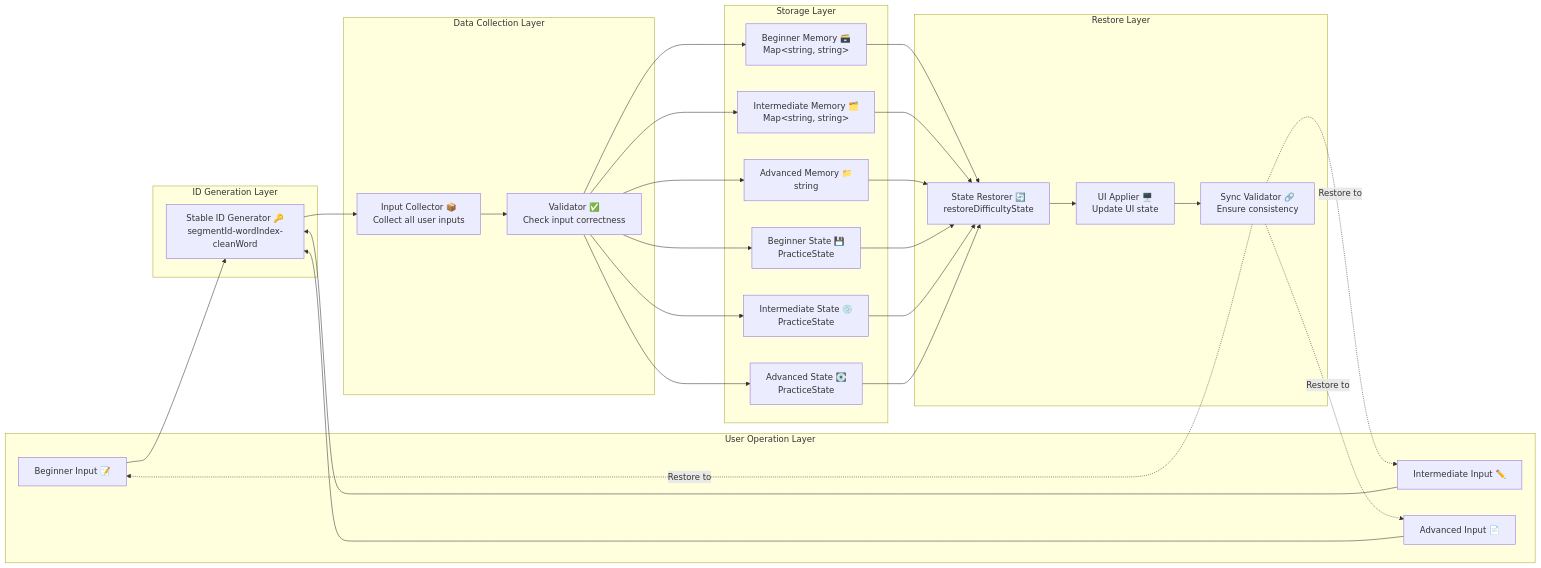
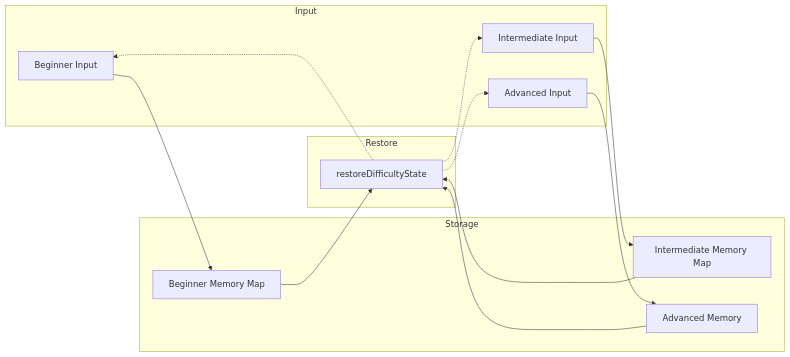
One commit to crazycjh/language-learning-transcribe changed the third of 3 diagrams in docs/DICTATION_COMPONENTS_DIAGRAM_EN.md. Above: the diagram before and after it, drawn with Mermaid. The commit also changed other lines of this file and 7 other files, not shown here.

````diff
--- a/docs/DICTATION_COMPONENTS_DIAGRAM_EN.md
+++ b/docs/DICTATION_COMPONENTS_DIAGRAM_EN.md
@@ -271,60 +115,30 @@
 ```mermaid
 graph LR
-    subgraph "User Operation Layer"
-        I1[Beginner Input 📝]
-        I2[Intermediate Input ✏️]
-        I3[Advanced Input 📄]
+    subgraph "Input"
+        I1[Beginner Input]
+        I2[Intermediate Input]
+        I3[Advanced Input]
     end
     
-    subgraph "ID Generation Layer"
-        GEN[Stable ID Generator 🔑<br/>segmentId-wordIndex-cleanWord]
+    subgraph "Storage"
+        M1[Beginner Memory Map]
+        M2[Intermediate Memory Map]
+        M3[Advanced Memory]
     end
     
-    subgraph "Data Collection Layer"
-        COL[Input Collector 📦<br/>Collect all user inputs]
-        VAL[Validator ✅<br/>Check input correctness]
+    subgraph "Restore"
+        REST[restoreDifficultyState]
     end
     
-    subgraph "Storage Layer"
-        M1["Beginner Memory 🗃️<br/>Map&lt;string, string&gt;"]
-        M2["Intermediate Memory 🗂️<br/>Map&lt;string, string&gt;"]
-        M3[Advanced Memory 📁<br/>string]
-        S1[Beginner State 💾<br/>PracticeState]
-        S2[Intermediate State 💿<br/>PracticeState]
-        S3[Advanced State 💽<br/>PracticeState]
-    end
-    
-    subgraph "Restore Layer"
-        REST[State Restorer 🔄<br/>restoreDifficultyState]
-        APPLY[UI Applier 🖥️<br/>Update UI state]
-        SYNC[Sync Validator 🔗<br/>Ensure consistency]
-    end
-    
-    I1 --> GEN
-    I2 --> GEN
-    I3 --> GEN
-    
-    GEN --> COL
-    COL --> VAL
-    
-    VAL --> M1
-    VAL --> M2
-    VAL --> M3
-    VAL --> S1
-    VAL --> S2
-    VAL --> S3
+    I1 --> M1
+    I2 --> M2
+    I3 --> M3
     
     M1 --> REST
     M2 --> REST
     M3 --> REST
-    S1 --> REST
-    S2 --> REST
-    S3 --> REST
     
-    REST --> APPLY
-    APPLY --> SYNC
-    
-    SYNC -.->|Restore to| I1
-    SYNC -.->|Restore to| I2
-    SYNC -.->|Restore to| I3
+    REST -.-> I1
+    REST -.-> I2
+    REST -.-> I3
 ```
````
